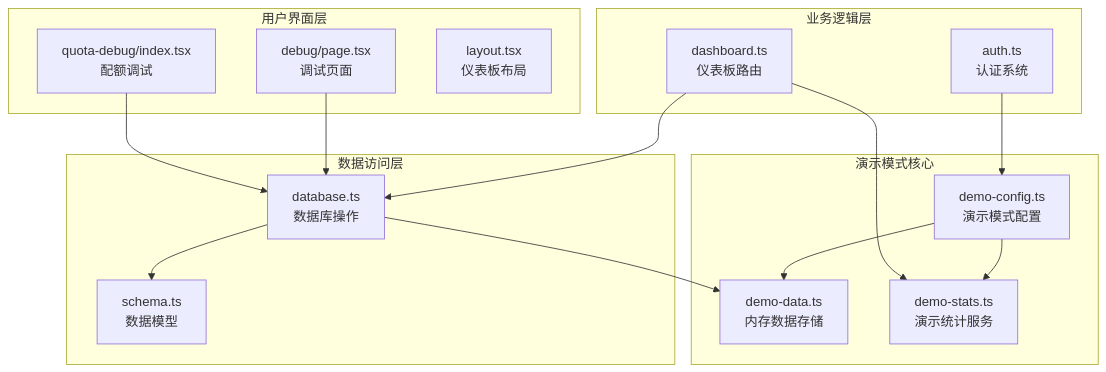
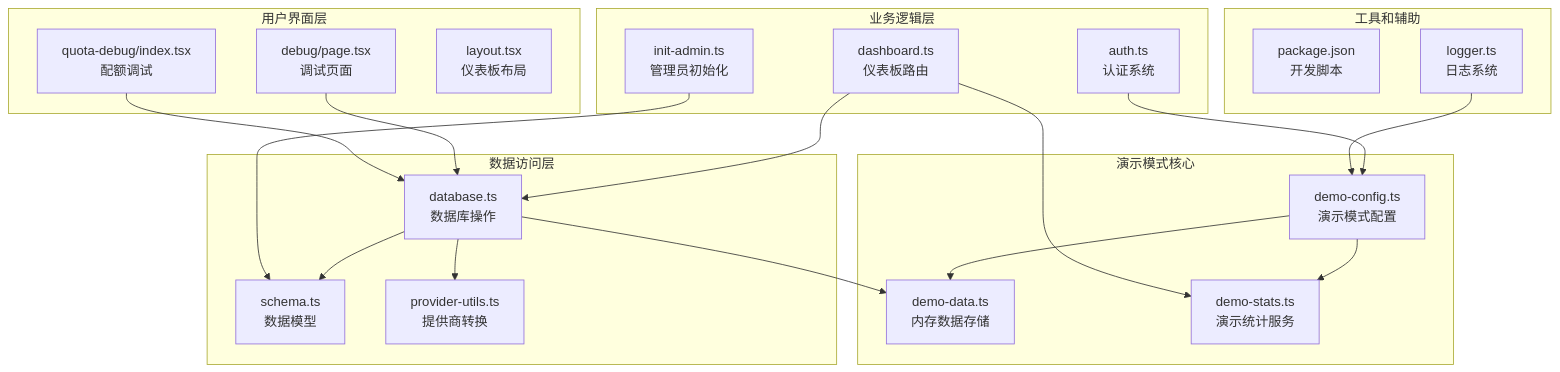
The first of 8 diagrams in .qoder/repowiki/zh/content/核心功能/演示模式系统.md (RadiumAg/AIGate), drawn with Mermaid before and after one commit. The commit also changed other lines of this file and 3 other files, not shown here.

````diff
--- a/.qoder/repowiki/zh/content/核心功能/演示模式系统.md
+++ b/.qoder/repowiki/zh/content/核心功能/演示模式系统.md
@@ -45,30 +58,39 @@
 ```mermaid
 graph TB
 subgraph "演示模式核心"
 DC[demo-config.ts<br/>演示模式配置]
 DD[demo-data.ts<br/>内存数据存储]
 DS[demo-stats.ts<br/>演示统计服务]
 end
 subgraph "数据访问层"
 DB[database.ts<br/>数据库操作]
 SC[schema.ts<br/>数据模型]
+PU[provider-utils.ts<br/>提供商转换]
 end
 subgraph "业务逻辑层"
 DR[dashboard.ts<br/>仪表板路由]
 AU[auth.ts<br/>认证系统]
+IL[init-admin.ts<br/>管理员初始化]
 end
 subgraph "用户界面层"
 DP[debug/page.tsx<br/>调试页面]
 QD[quota-debug/index.tsx<br/>配额调试]
 DL[layout.tsx<br/>仪表板布局]
 end
+subgraph "工具和辅助"
+PKG[package.json<br/>开发脚本]
+LG[logger.ts<br/>日志系统]
+end
 DC --> DD
 DC --> DS
 DB --> DD
 DB --> SC
+DB --> PU
 DR --> DS
 DR --> DB
 DP --> DB
 QD --> DB
 AU --> DC
+IL --> SC
+LG --> DC
 ```
````
